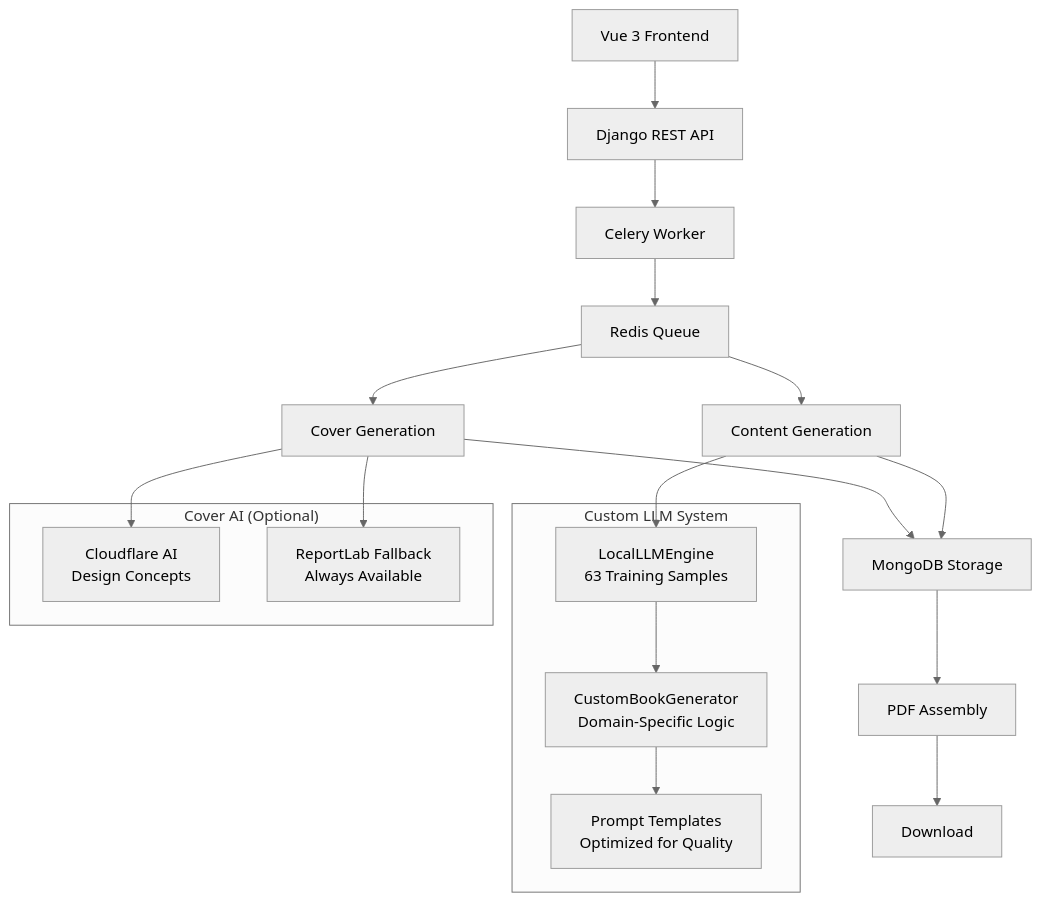
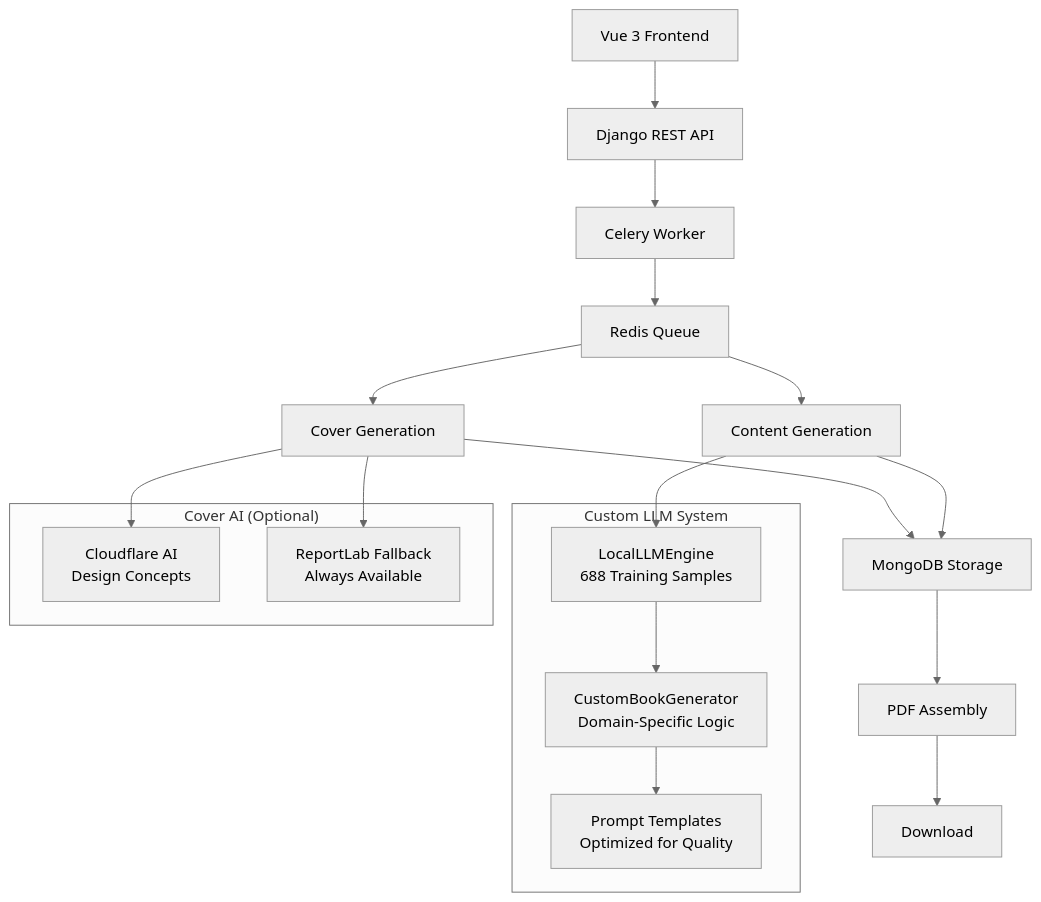
The diagram in README.md (BadrRibzat/book-generator), drawn with Mermaid (neutral theme) before and after one commit. The commit also changed other lines of this file and 31 other files, not shown here.

````diff
--- a/README.md
+++ b/README.md
@@ -92,29 +93,29 @@
 ```mermaid
 graph TB
     A[Vue 3 Frontend] --> B[Django REST API]
     B --> C[Celery Worker]
     C --> D[Redis Queue]
     D --> E[Content Generation]
     D --> F[Cover Generation]
     E --> G[MongoDB Storage]
     F --> G
     G --> H[PDF Assembly]
     H --> I[Download]
 
     subgraph "Custom LLM System"
-        J[LocalLLMEngine<br/>63 Training Samples]
+    J[LocalLLMEngine<br/>688 Training Samples]
         K[CustomBookGenerator<br/>Domain-Specific Logic]
         L[Prompt Templates<br/>Optimized for Quality]
     end
 
     subgraph "Cover AI (Optional)"
         M[Cloudflare AI<br/>Design Concepts]
         N[ReportLab Fallback<br/>Always Available]
     end
 
     E --> J
     J --> K
     K --> L
     F --> M
     F --> N
 ```
````
